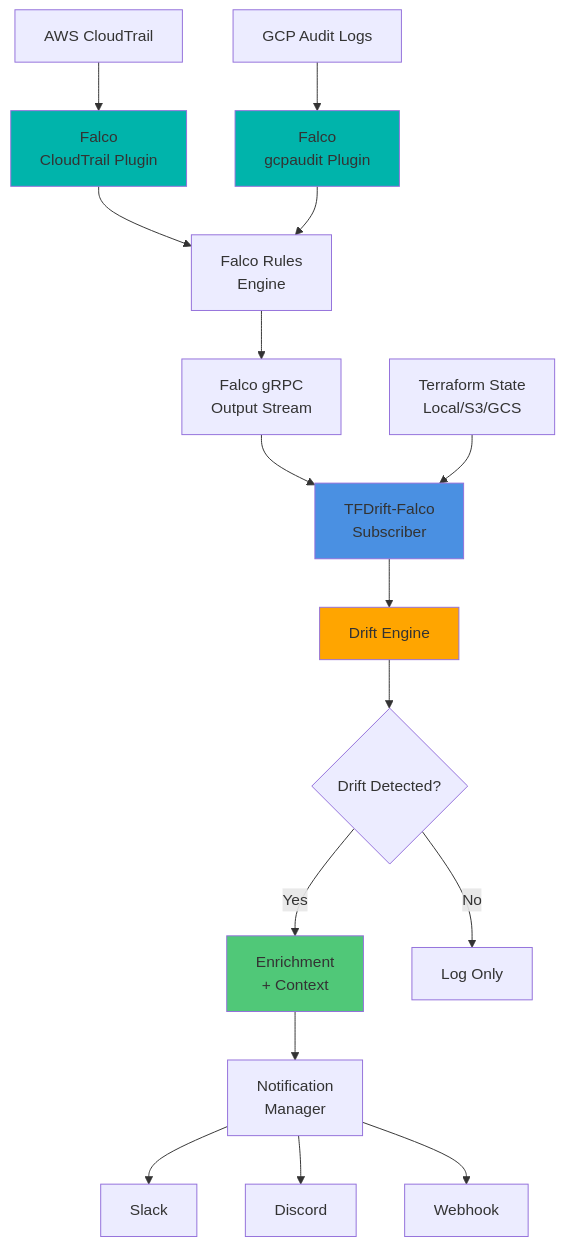
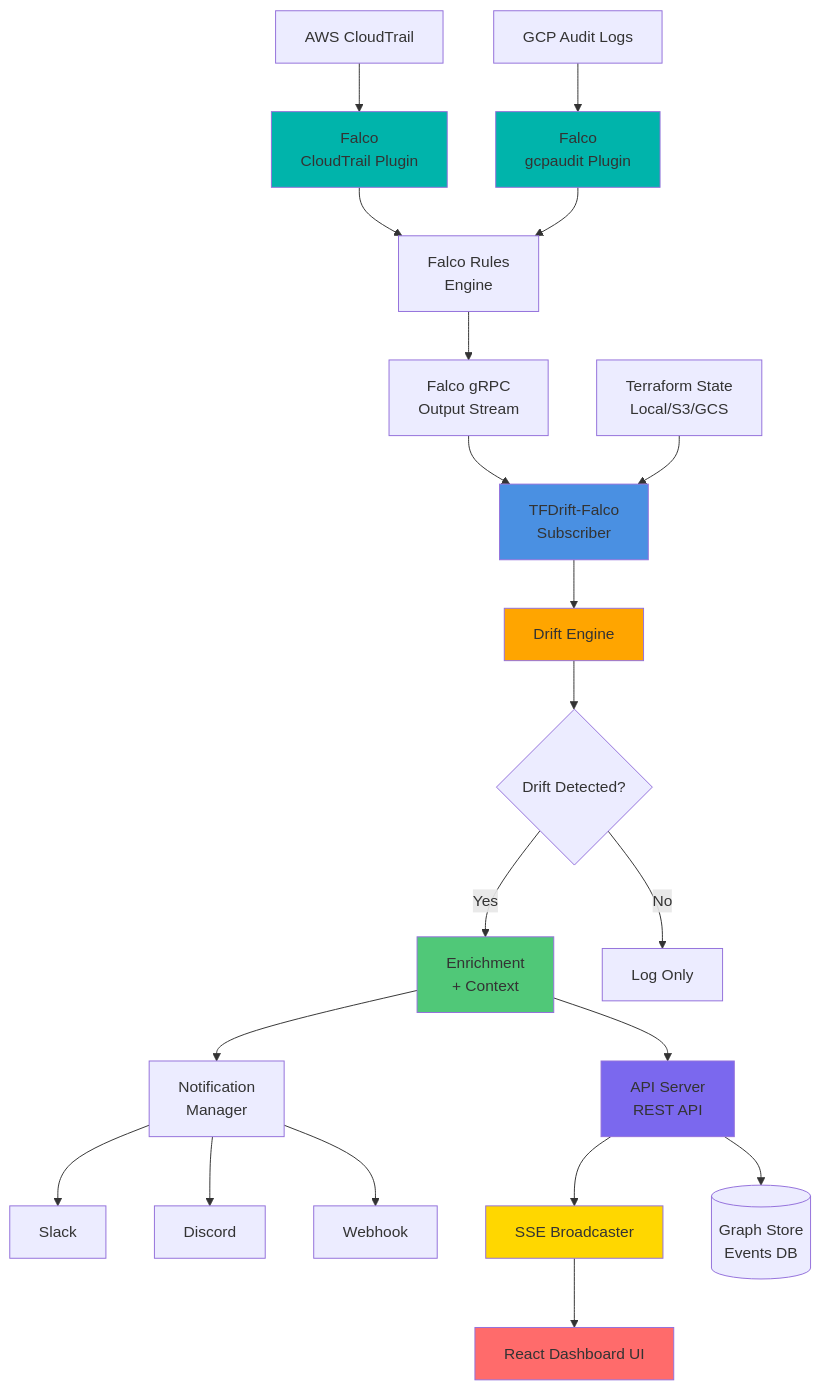
Before and after one commit to higakikeita/tfdrift-falco: the diagram in README.ja.md, drawn with Mermaid. The commit also changed other lines of this file and 5 other files, not shown here.

````diff
--- a/README.ja.md
+++ b/README.ja.md
@@ -411,28 +463,37 @@
 ```mermaid
 graph TB
     A[AWS CloudTrail] --> B[Falco<br/>CloudTrail Plugin]
     A2[GCP Audit Logs] --> B2[Falco<br/>gcpaudit Plugin]
     B --> C[Falco Rules<br/>Engine]
     B2 --> C
     C --> D[Falco gRPC<br/>Output Stream]
     D --> E[TFDrift-Falco<br/>Subscriber]
 
     F[Terraform State<br/>Local/S3/GCS] --> E
 
     E --> G[Drift Engine]
     G --> H{Drift Detected?}
 
     H -->|Yes| I[Enrichment<br/>+ Context]
     H -->|No| J[Log Only]
 
     I --> K[Notification<br/>Manager]
     K --> L[Slack]
     K --> M[Discord]
     K --> N[Webhook]
 
+    I --> O[API Server<br/>REST API]
+    O --> P[SSE Broadcaster]
+    P --> Q[React Dashboard UI]
+
+    O --> R[(Graph Store<br/>Events DB)]
+
     style E fill:#4A90E2
     style G fill:#FFA500
     style I fill:#50C878
     style B fill:#00B4AB
     style B2 fill:#00B4AB
+    style O fill:#7B68EE
+    style Q fill:#FF6B6B
+    style P fill:#FFD700
 ```
````
